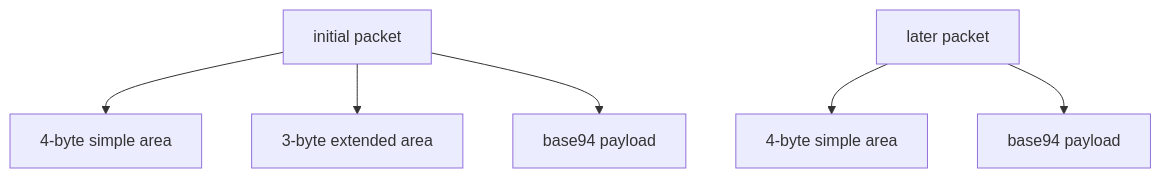
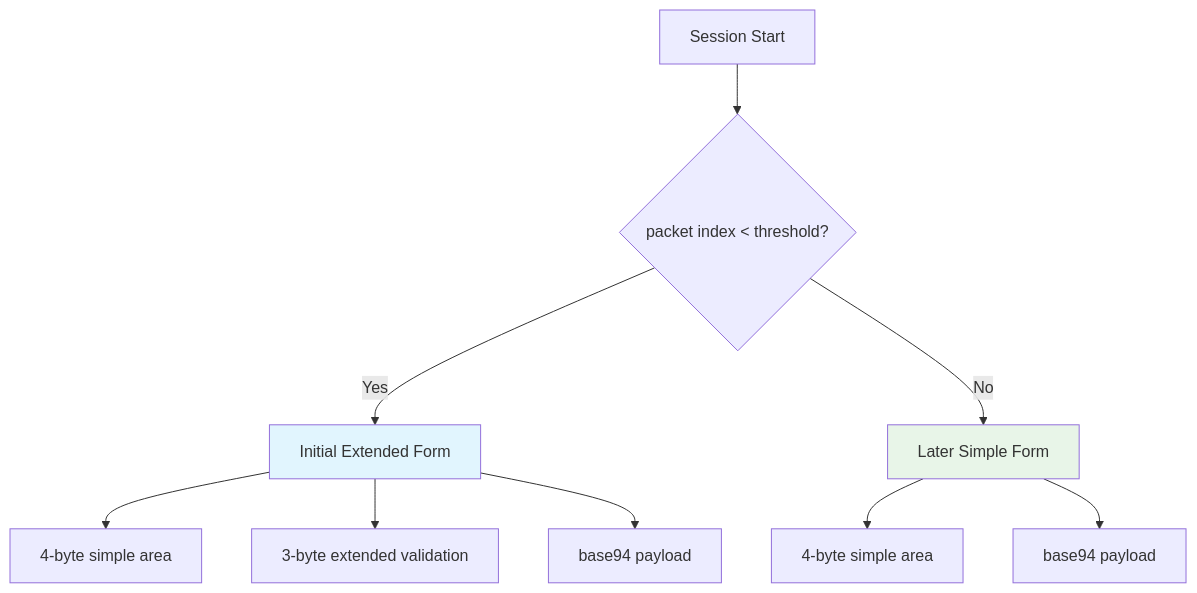
The first of 15 diagrams in docs/PACKET_FORMATS.md (HyacinthHaru/openppp2), drawn with Mermaid before and after one commit. The commit also changed other lines of this file and 31 other files, not shown here.

````diff
--- a/docs/PACKET_FORMATS.md
+++ b/docs/PACKET_FORMATS.md
@@ -54,8 +62,14 @@
 ```mermaid
 flowchart TD
-    A[initial packet] --> B[4-byte simple area]
-    A --> C[3-byte extended area]
-    A --> D[base94 payload]
-    E[later packet] --> F[4-byte simple area]
-    E --> G[base94 payload]
+    A[Session Start] --> B{packet index &lt; threshold?}
+    B -->|Yes| C[Initial Extended Form]
+    B -->|No| D[Later Simple Form]
+    C --> E[4-byte simple area]
+    C --> F[3-byte extended validation]
+    C --> G[base94 payload]
+    D --> H[4-byte simple area]
+    D --> I[base94 payload]
+    
+    style C fill:#e1f5fe
+    style D fill:#e8f5e8
 ```
````
